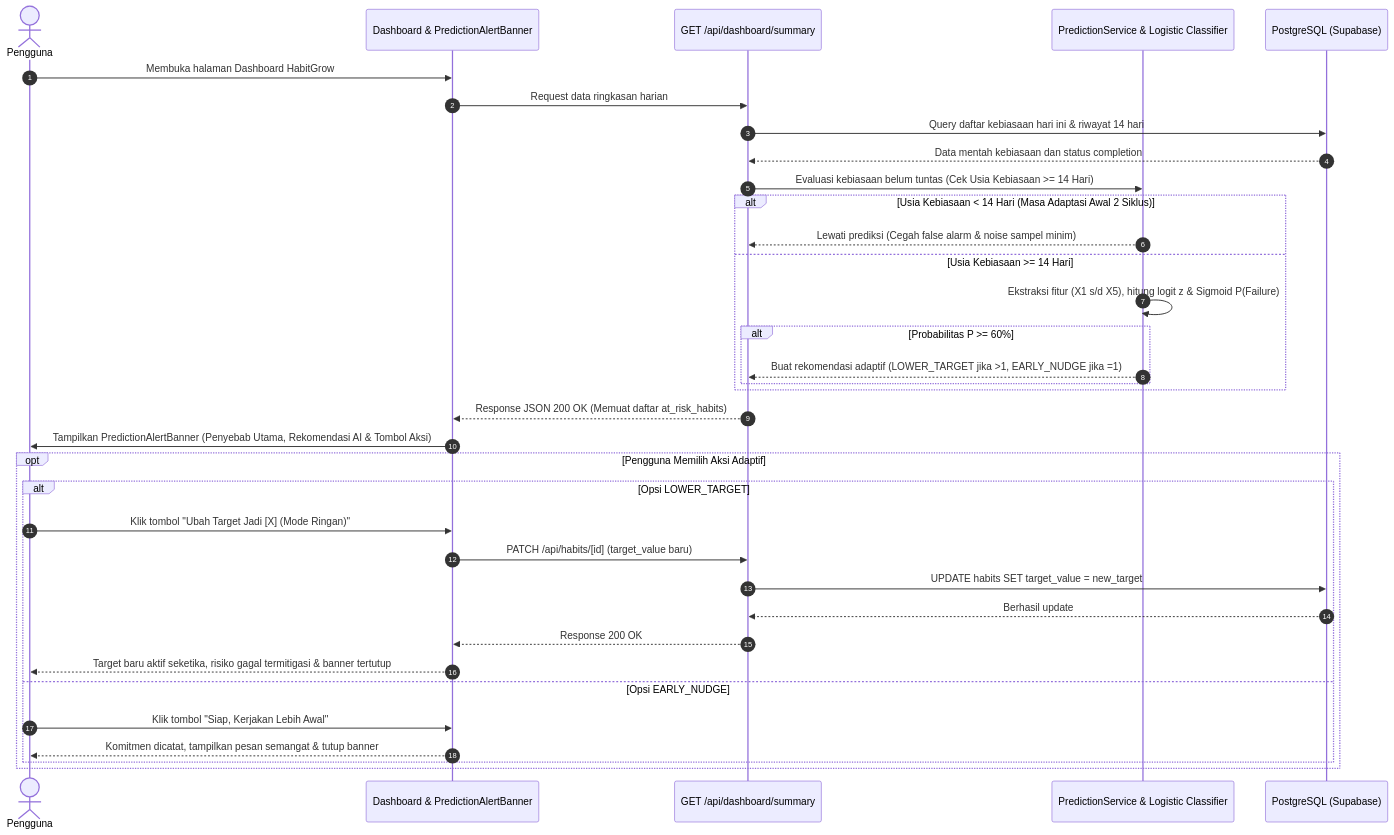
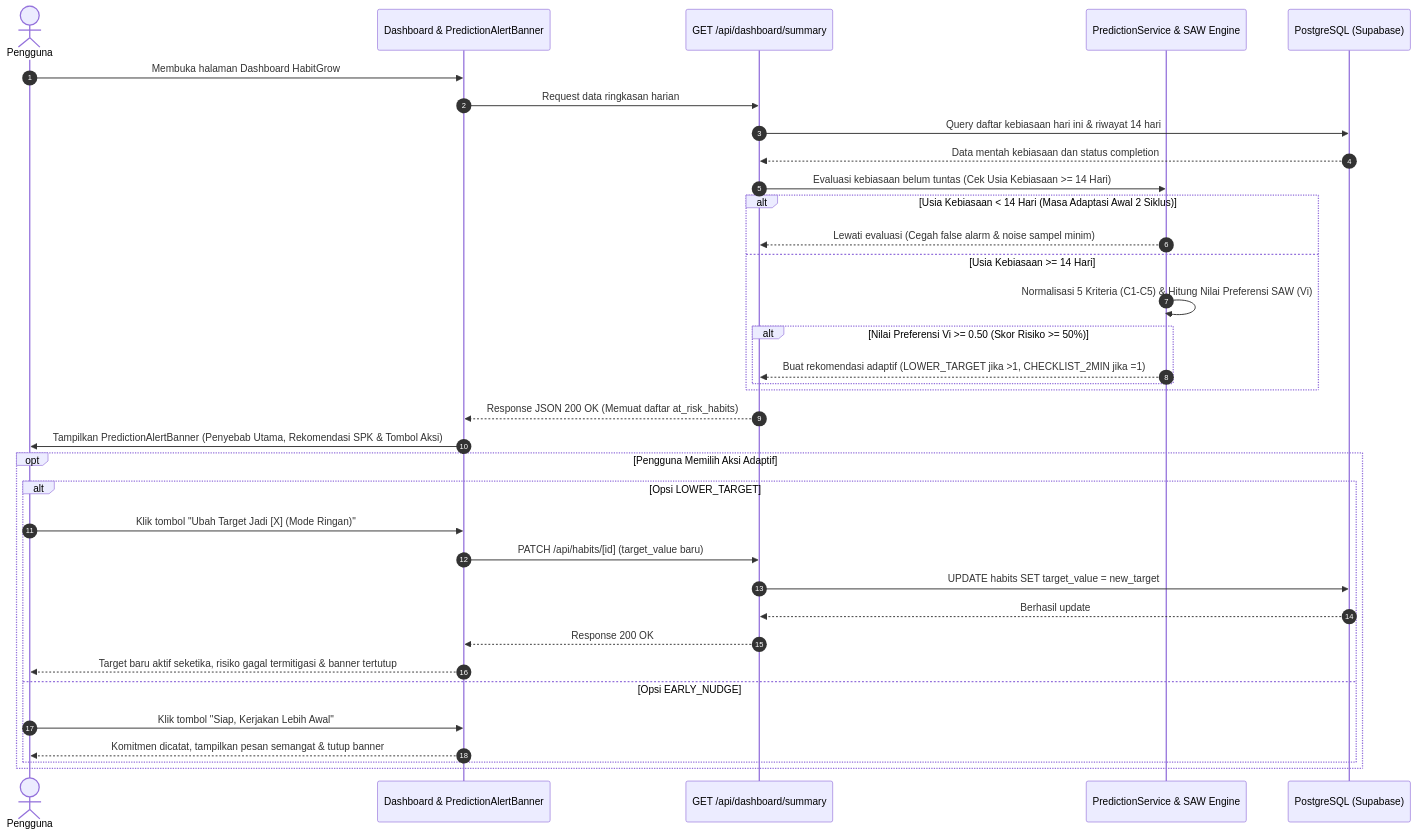
The fourth of 5 diagrams in PROJECT_DOCUMENTATION.md (Vincentaa7/HabitGrow), drawn with Mermaid before and after one commit. The commit also changed other lines of this file and 4 other files, not shown here.

Commit message:
refactor: replace machine learning prediction with SAW decision support system and add dashboard page

````diff
--- a/PROJECT_DOCUMENTATION.md
+++ b/PROJECT_DOCUMENTATION.md
@@ -652,39 +677,39 @@
 ```mermaid
 sequenceDiagram
     autonumber
     actor User as Pengguna
     participant UI as Dashboard & PredictionAlertBanner
     participant API as GET /api/dashboard/summary
-    participant ML as PredictionService & Logistic Classifier
+    participant DSS as PredictionService & SAW Engine
     participant DB as PostgreSQL (Supabase)
 
     User->>UI: Membuka halaman Dashboard HabitGrow
     UI->>API: Request data ringkasan harian
     API->>DB: Query daftar kebiasaan hari ini & riwayat 14 hari
     DB-->>API: Data mentah kebiasaan dan status completion
-    API->>ML: Evaluasi kebiasaan belum tuntas (Cek Usia Kebiasaan >= 14 Hari)
+    API->>DSS: Evaluasi kebiasaan belum tuntas (Cek Usia Kebiasaan >= 14 Hari)
     alt Usia Kebiasaan < 14 Hari (Masa Adaptasi Awal 2 Siklus)
-        ML-->>API: Lewati prediksi (Cegah false alarm & noise sampel minim)
+        DSS-->>API: Lewati evaluasi (Cegah false alarm & noise sampel minim)
     else Usia Kebiasaan >= 14 Hari
-        ML->>ML: Ekstraksi fitur (X1 s/d X5), hitung logit z & Sigmoid P(Failure)
-        alt Probabilitas P >= 60%
-            ML-->>API: Buat rekomendasi adaptif (LOWER_TARGET jika >1, EARLY_NUDGE jika =1)
+        DSS->>DSS: Normalisasi 5 Kriteria (C1-C5) & Hitung Nilai Preferensi SAW (Vi)
+        alt Nilai Preferensi Vi >= 0.50 (Skor Risiko >= 50%)
+            DSS-->>API: Buat rekomendasi adaptif (LOWER_TARGET jika >1, CHECKLIST_2MIN jika =1)
         end
     end
     API-->>UI: Response JSON 200 OK (Memuat daftar at_risk_habits)
-    UI->>User: Tampilkan PredictionAlertBanner (Penyebab Utama, Rekomendasi AI & Tombol Aksi)
+    UI->>User: Tampilkan PredictionAlertBanner (Penyebab Utama, Rekomendasi SPK & Tombol Aksi)
     
     opt Pengguna Memilih Aksi Adaptif
         alt Opsi LOWER_TARGET
             User->>UI: Klik tombol "Ubah Target Jadi [X] (Mode Ringan)"
             UI->>API: PATCH /api/habits/[id] (target_value baru)
             API->>DB: UPDATE habits SET target_value = new_target
             DB-->>API: Berhasil update
             API-->>UI: Response 200 OK
             UI-->>User: Target baru aktif seketika, risiko gagal termitigasi & banner tertutup
         else Opsi EARLY_NUDGE
             User->>UI: Klik tombol "Siap, Kerjakan Lebih Awal"
             UI-->>User: Komitmen dicatat, tampilkan pesan semangat & tutup banner
         end
     end
 ```
````
